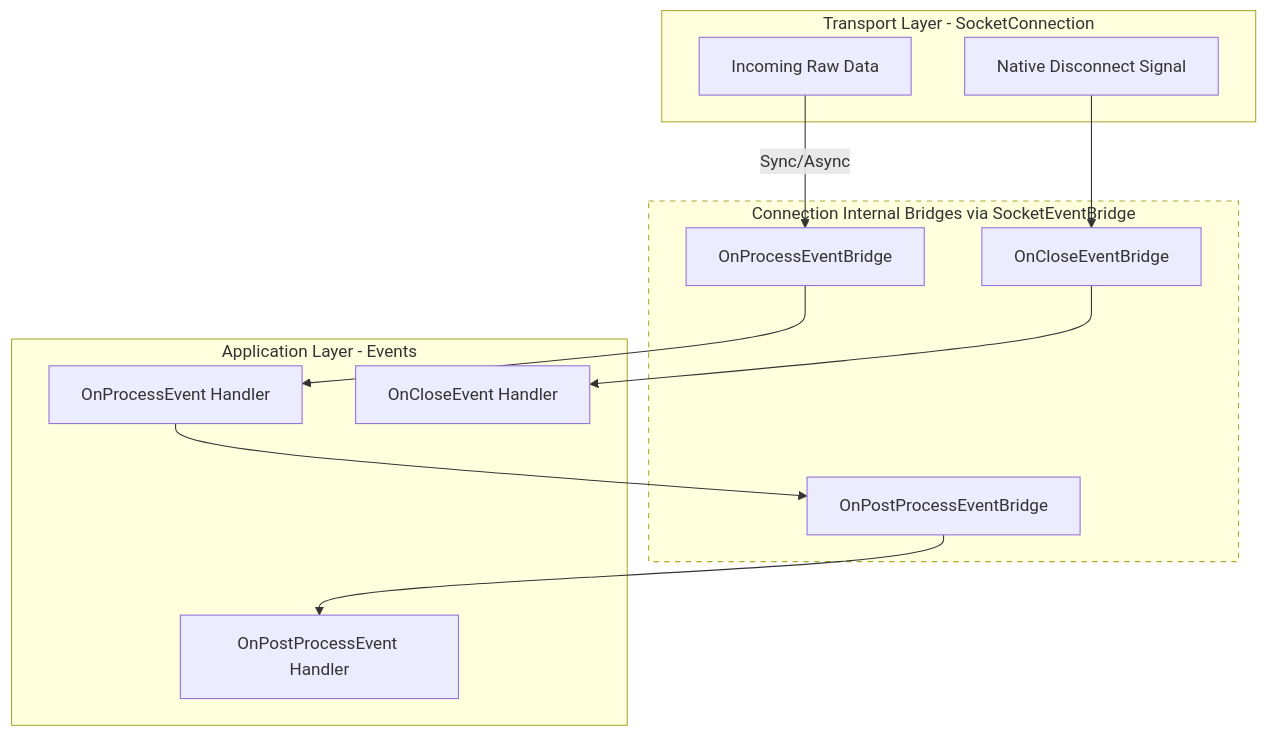
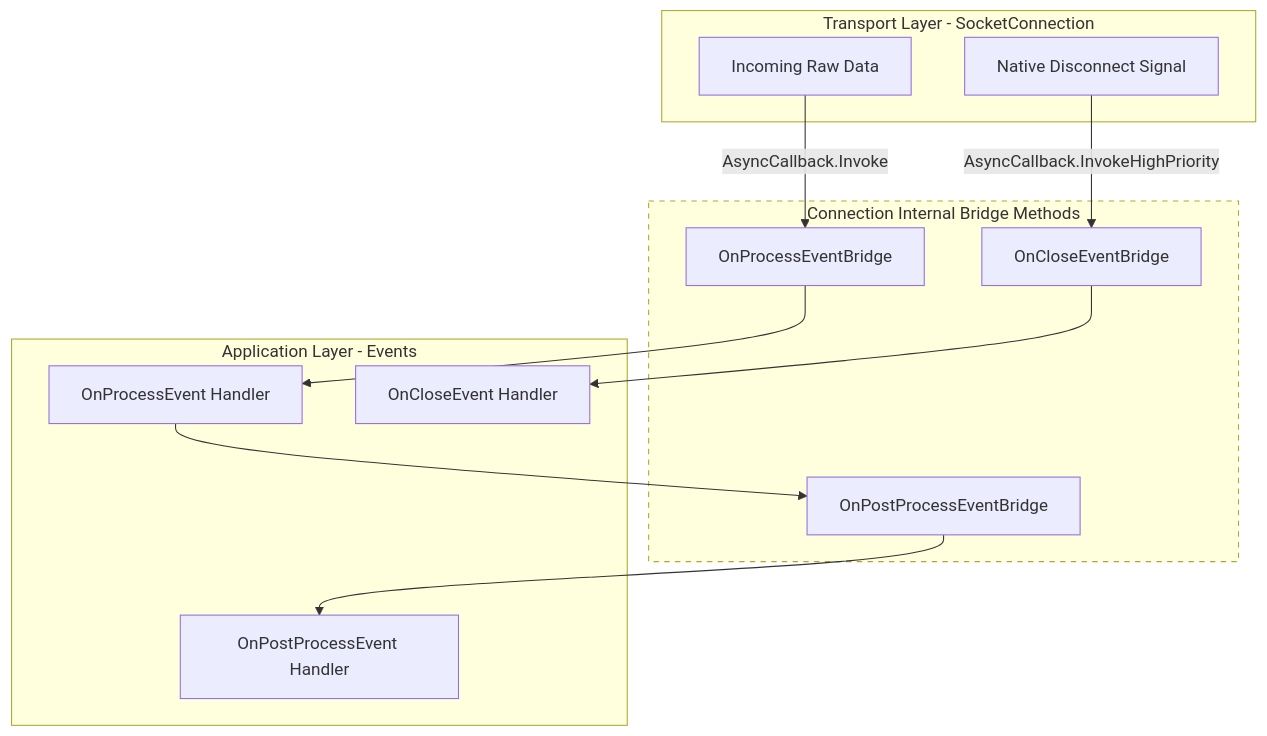
One commit to ppn-systems/Nalix changed the diagram in docs/api/network/connection/connection.md. Above: the diagram before and after it, drawn with Mermaid. The commit also changed other lines of this file and 63 other files, not shown here.

````diff
--- a/docs/api/network/connection/connection.md
+++ b/docs/api/network/connection/connection.md
@@ -27,29 +27,29 @@
 ```mermaid
 flowchart TD
     subgraph Transport[Transport Layer - SocketConnection]
         RawData[Incoming Raw Data]
         RawClose[Native Disconnect Signal]
     end
 
-    subgraph Hub[Connection Internal Bridges via SocketEventBridge]
+    subgraph Bridge[Connection Internal Bridge Methods]
         ProcessBridge[OnProcessEventBridge]
         PostBridge[OnPostProcessEventBridge]
         CloseBridge[OnCloseEventBridge]
     end
 
     subgraph App[Application Layer - Events]
         OnProcess[OnProcessEvent Handler]
         OnPost[OnPostProcessEvent Handler]
         OnClose[OnCloseEvent Handler]
     end
 
-    RawData -->|Sync/Async| ProcessBridge
+    RawData -->|AsyncCallback.Invoke| ProcessBridge
     ProcessBridge --> OnProcess
     OnProcess --> PostBridge
     PostBridge --> OnPost
-    
-    RawClose --> CloseBridge
+
+    RawClose -->|AsyncCallback.InvokeHighPriority| CloseBridge
     CloseBridge --> OnClose
 
-    style Hub stroke-dasharray: 5 5
+    style Bridge stroke-dasharray: 5 5
 ```
````
